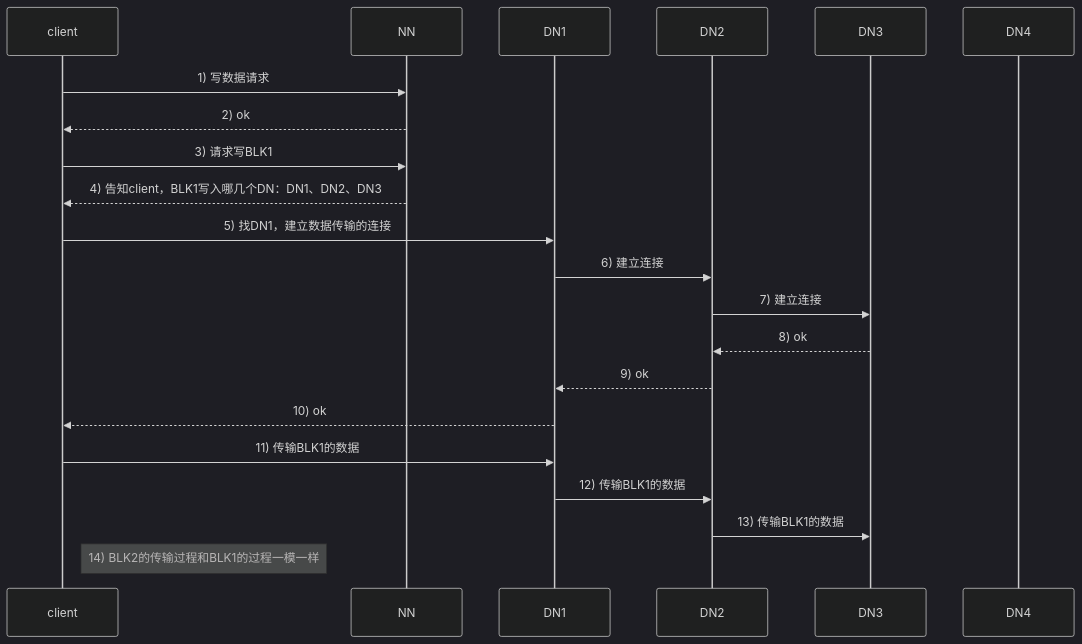
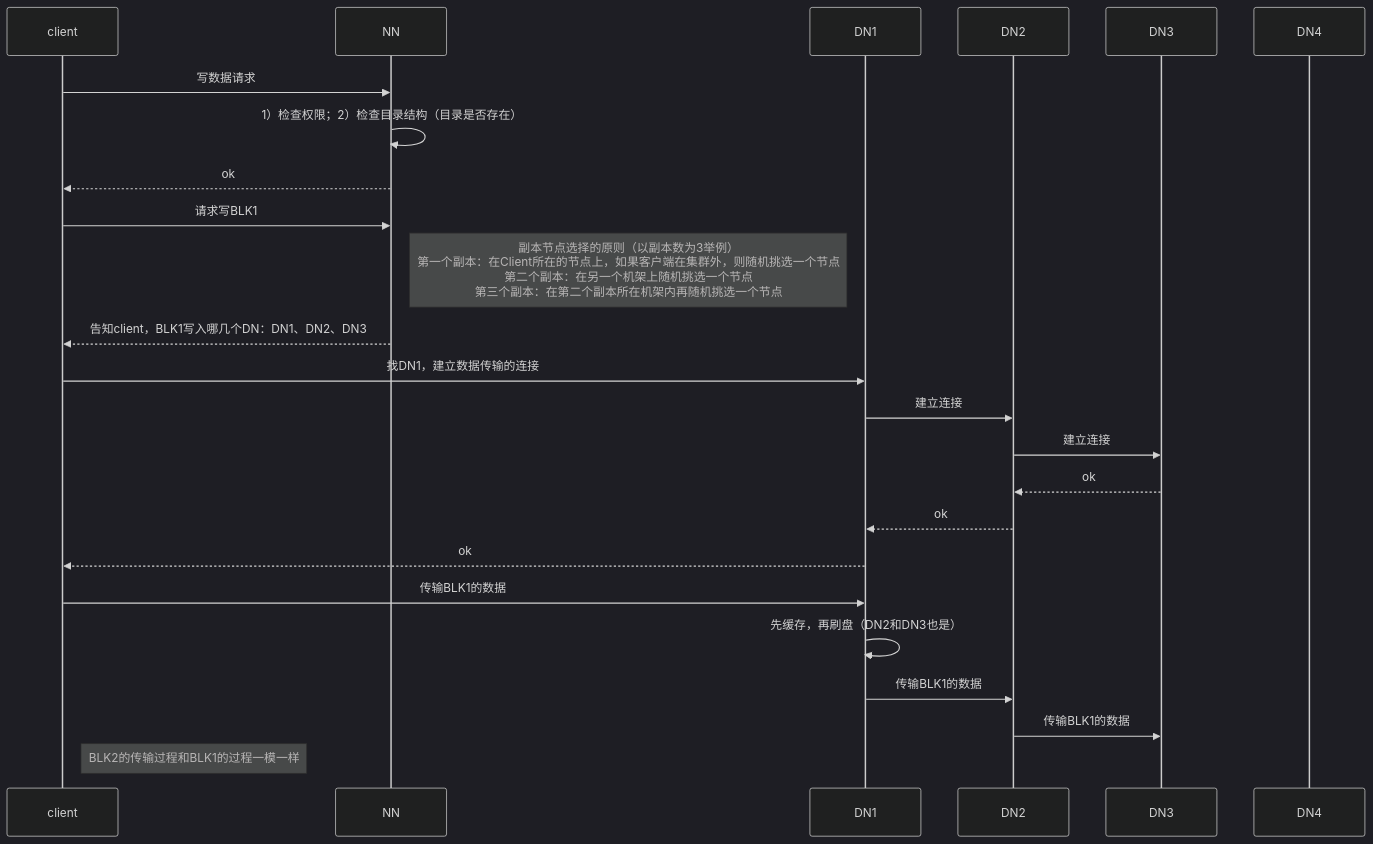
The diagram in markdown/hdfs/HDFS写数据流程图解.md (somepeopleHavingDream/metadata), drawn with Mermaid (dark theme) before and after one commit. The commit also changed 1 other file, not shown here.

Commit message:
feat: 优化HDFS的读写数据流程

````diff
--- a/markdown/hdfs/HDFS写数据流程图解.md
+++ b/markdown/hdfs/HDFS写数据流程图解.md
@@ -3,23 +3,26 @@
 ```mermaid
 sequenceDiagram
     participant A as client
     participant B as NN
     participant C as DN1
     participant D as DN2
     participant E as DN3
     participant F as DN4
-    A->>B: 1) 写数据请求
-    B-->>A: 2) ok
-    A->>B: 3) 请求写BLK1
-    B-->>A: 4) 告知client，BLK1写入哪几个DN：DN1、DN2、DN3
-    A->>C: 5) 找DN1，建立数据传输的连接
-    C->>D: 6) 建立连接
-    D->>E: 7) 建立连接
-    E-->>D: 8) ok
-    D-->>C: 9) ok
-    C-->>A: 10) ok
-    A->>C: 11) 传输BLK1的数据
-    C->>D: 12) 传输BLK1的数据
-    D->>E: 13) 传输BLK1的数据
-    Note right of A: 14) BLK2的传输过程和BLK1的过程一模一样
+    A->>B: 写数据请求
+    B->>B: 1）检查权限；2）检查目录结构（目录是否存在）
+    B-->>A: ok
+    A->>B: 请求写BLK1
+    Note right of B: 副本节点选择的原则（以副本数为3举例）<br>第一个副本：在Client所在的节点上，如果客户端在集群外，则随机挑选一个节点<br>第二个副本：在另一个机架上随机挑选一个节点<br>第三个副本：在第二个副本所在机架内再随机挑选一个节点
+    B-->>A: 告知client，BLK1写入哪几个DN：DN1、DN2、DN3
+    A->>C: 找DN1，建立数据传输的连接
+    C->>D: 建立连接
+    D->>E: 建立连接
+    E-->>D: ok
+    D-->>C: ok
+    C-->>A: ok
+    A->>C: 传输BLK1的数据
+    C->>C: 先缓存，再刷盘（DN2和DN3也是）
+    C->>D: 传输BLK1的数据
+    D->>E: 传输BLK1的数据
+    Note right of A: BLK2的传输过程和BLK1的过程一模一样
 ```
````
